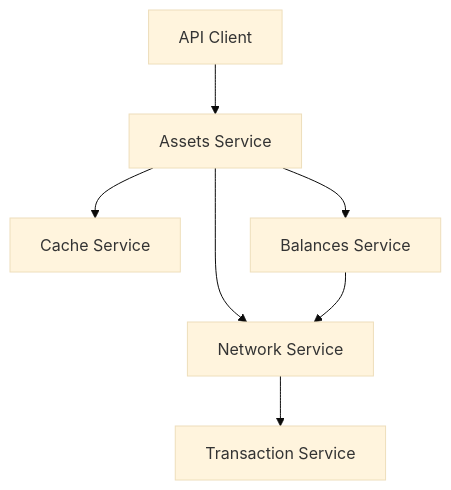
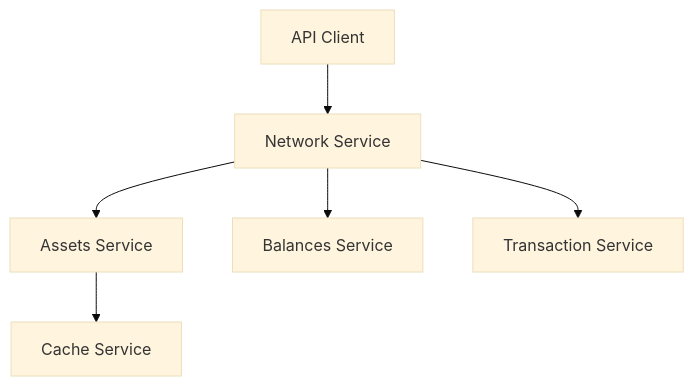
One commit to Dikhyant/swush-app changed the diagram in docs/api/BACKEND_SERVICES.md. Above: the diagram before and after it, drawn with Mermaid (base theme). The commit also changed 1 other file, not shown here.

Commit message:
docs: mermaid updates

````diff
--- a/docs/api/BACKEND_SERVICES.md
+++ b/docs/api/BACKEND_SERVICES.md
@@ -58,9 +58,8 @@
 ```mermaid
 graph TD
-    Client[API Client] --> Assets[Assets Service]
+    Client[API Client] --> Network[Network Service]
+    Network --> Assets[Assets Service]
+    Network --> Balances[Balances Service]
     Assets --> Cache[Cache Service]
-    Assets --> Network[Network Service]
-    Assets --> Balances[Balances Service]
-    Balances --> Network
     Network --> TXN[Transaction Service]
 ```
````
